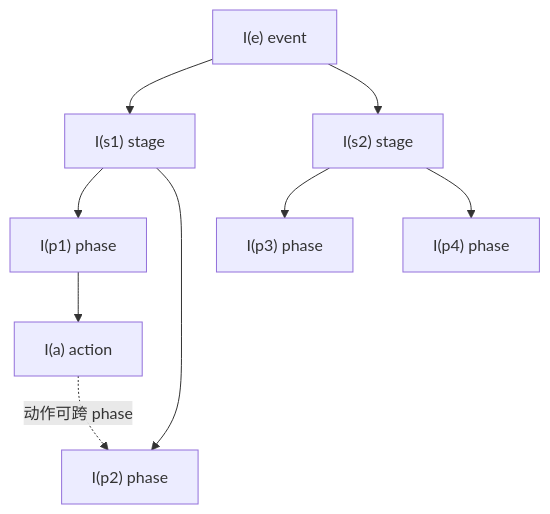
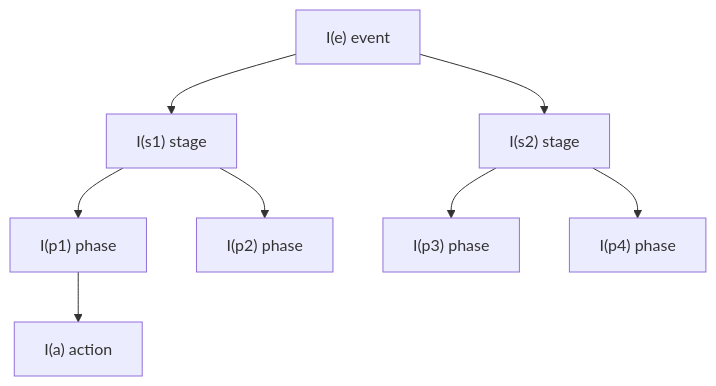
The first of 4 diagrams in docs/structures/8-formal-model.md (AgenticFinLab/FinMycelium), drawn with Mermaid before and after one commit. The commit also changed other lines of this file and 8 other files, not shown here.

First line of the commit message:
docs: fix Mermaid render errors and simplify framework diagrams

````diff
--- a/docs/structures/8-formal-model.md
+++ b/docs/structures/8-formal-model.md
@@ -35,19 +35,18 @@
 ```mermaid
 flowchart TB
     E["I(e) event"]
     S1["I(s1) stage"]
     S2["I(s2) stage"]
     P1["I(p1) phase"]
     P2["I(p2) phase"]
     P3["I(p3) phase"]
     P4["I(p4) phase"]
     A["I(a) action"]
     E --> S1
     E --> S2
     S1 --> P1
     S1 --> P2
     S2 --> P3
     S2 --> P4
     P1 --> A
-    A -.->|动作可跨 phase| P2
 ```
````
